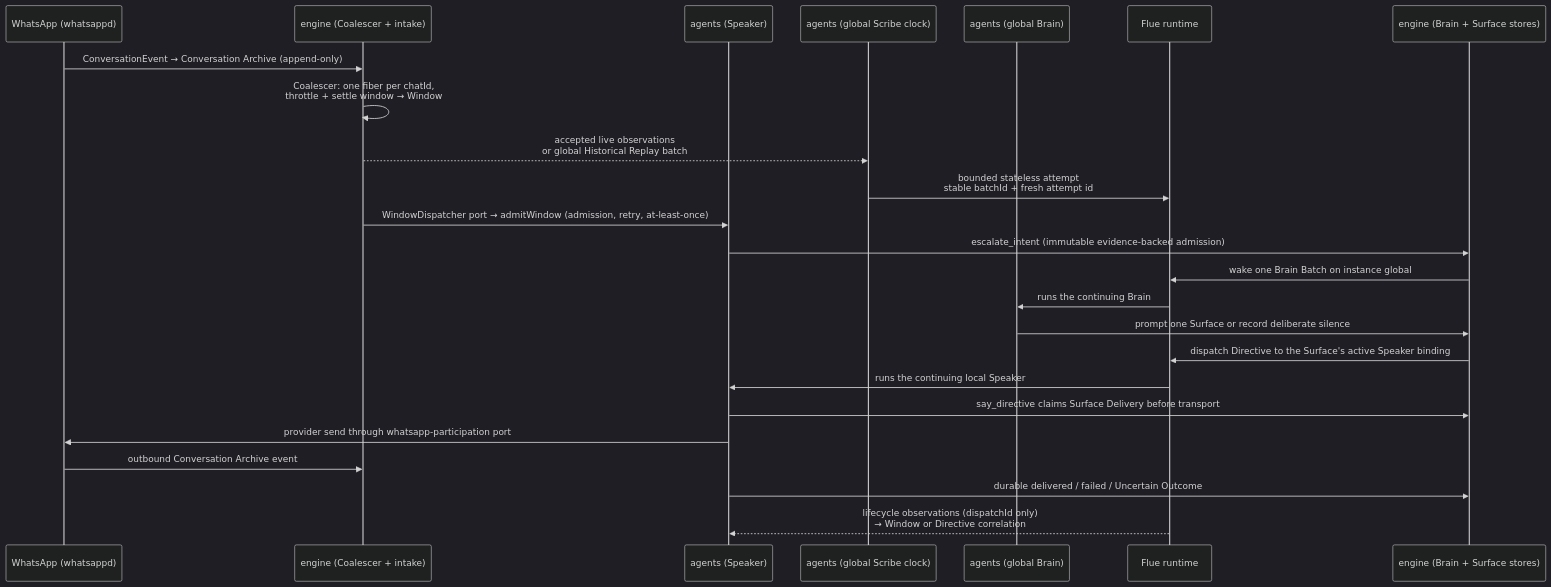
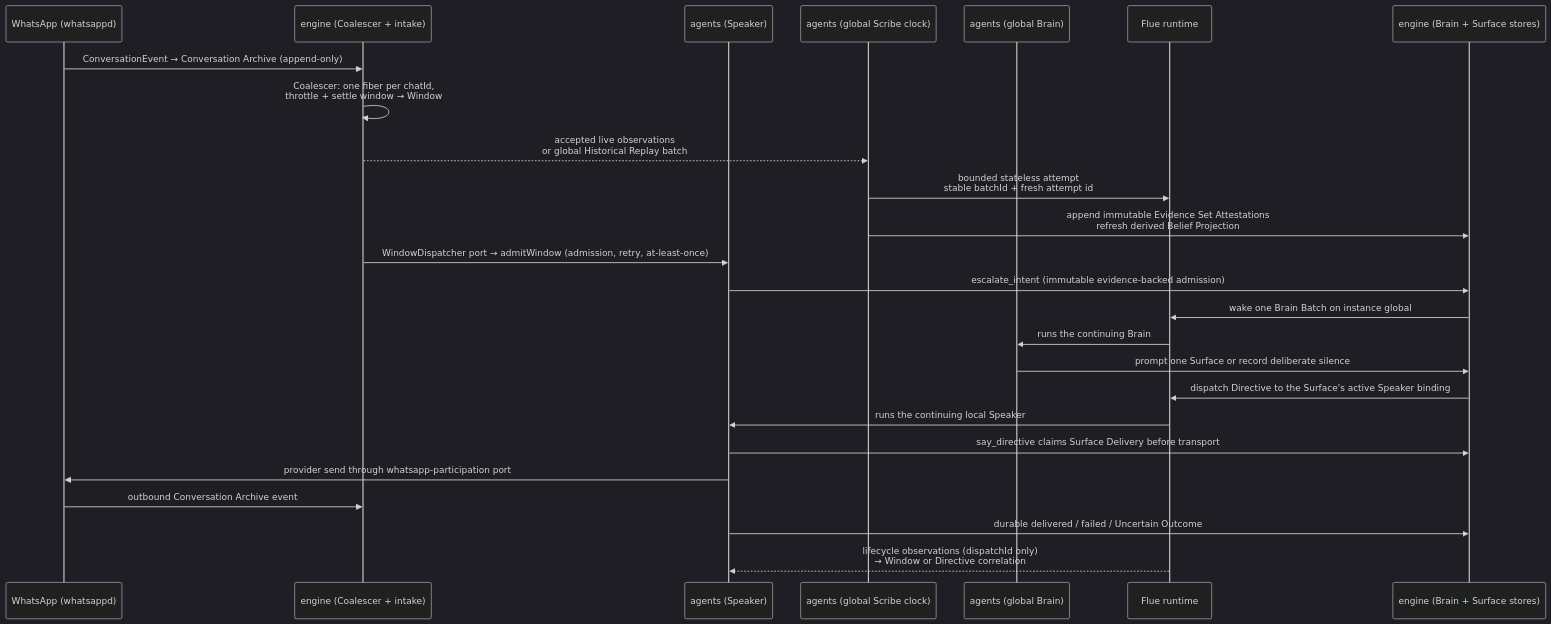
One commit to AaronAbuUsama/ambient-agent changed the second of 2 diagrams in docs/ARCHITECTURE.md. Above: the diagram before and after it, drawn with Mermaid (dark theme). The commit also changed other lines of this file and 19 other files, not shown here.

Commit message:
feat: add evidence-bearing graph attestations

````diff
--- a/docs/ARCHITECTURE.md
+++ b/docs/ARCHITECTURE.md
@@ -39,27 +39,28 @@
 ```mermaid
 sequenceDiagram
   participant WA as WhatsApp (whatsappd)
   participant ENG as engine (Coalescer + intake)
   participant SP as agents (Speaker)
   participant SC as agents (global Scribe clock)
   participant BR as agents (global Brain)
   participant FLUE as Flue runtime
   participant DB as engine (Brain + Surface stores)
 
   WA->>ENG: ConversationEvent → Conversation Archive (append-only)
   ENG->>ENG: Coalescer: one fiber per chatId,<br/>throttle + settle window → Window
   ENG-->>SC: accepted live observations<br/>or global Historical Replay batch
   SC->>FLUE: bounded stateless attempt<br/>stable batchId + fresh attempt id
+  SC->>DB: append immutable Evidence Set Attestations<br/>refresh derived Belief Projection
   ENG->>SP: WindowDispatcher port → admitWindow (admission, retry, at-least-once)
   SP->>DB: escalate_intent (immutable evidence-backed admission)
   DB->>FLUE: wake one Brain Batch on instance global
   FLUE->>BR: runs the continuing Brain
   BR->>DB: prompt one Surface or record deliberate silence
   DB->>FLUE: dispatch Directive to the Surface's active Speaker binding
   FLUE->>SP: runs the continuing local Speaker
   SP->>DB: say_directive claims Surface Delivery before transport
   SP->>WA: provider send through whatsapp-participation port
   WA->>ENG: outbound Conversation Archive event
   SP->>DB: durable delivered / failed / Uncertain Outcome
   FLUE-->>SP: lifecycle observations (dispatchId only)<br/>→ Window or Directive correlation
 ```
````
